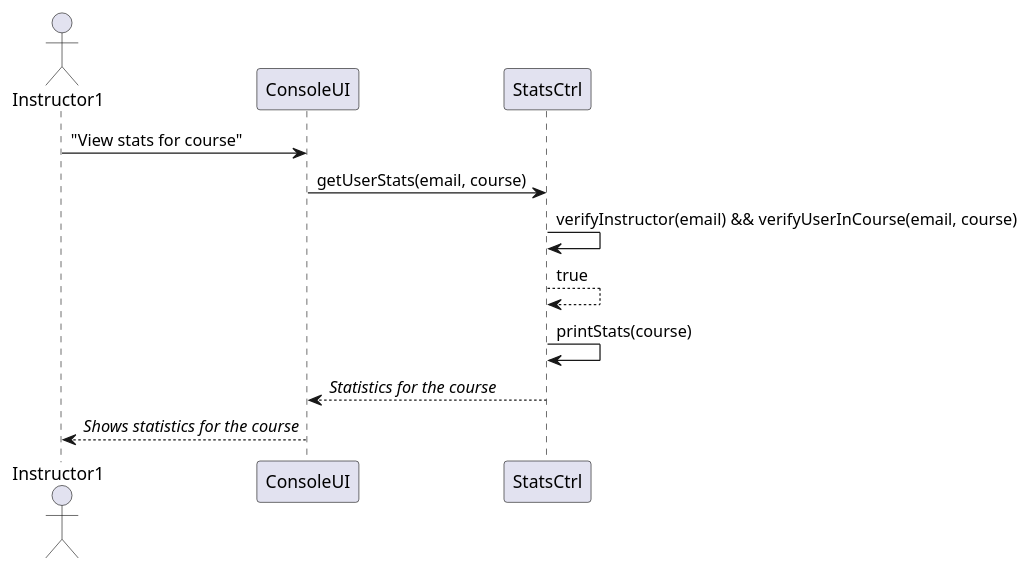
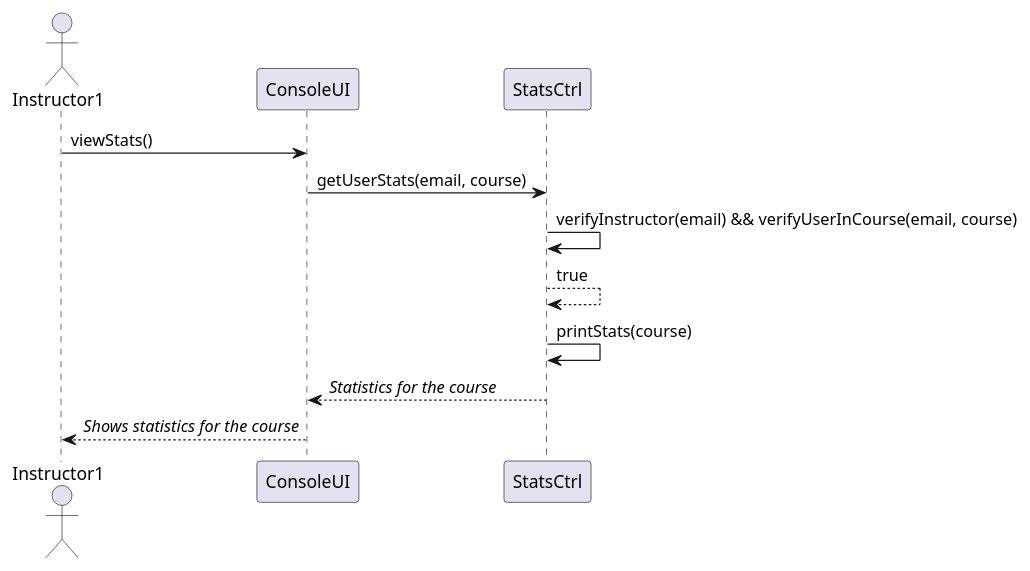
Before and after one commit to kavusiks/ForumDatabase: the diagram in Piazza/src/Documentations/UC5ViewStats_SequencelDiagram.puml, drawn with PlantUML. The commit also changed 5 other files, not shown here.

Commit message:
Updated sequenceDiagram for uc3

```diff
--- a/Piazza/src/Documentations/UC5ViewStats_SequencelDiagram.puml
+++ b/Piazza/src/Documentations/UC5ViewStats_SequencelDiagram.puml
@@ -1,10 +1,10 @@
 @startuml
 Actor Instructor1
-Instructor1 -> ConsoleUI: "View stats for course"
+Instructor1 -> ConsoleUI: viewStats()
 ConsoleUI -> StatsCtrl: getUserStats(email, course)
 StatsCtrl -> StatsCtrl: verifyInstructor(email) && verifyUserInCourse(email, course)
 StatsCtrl --> StatsCtrl: true
 StatsCtrl -> StatsCtrl: printStats(course)
 StatsCtrl --> ConsoleUI: //Statistics for the course//
 ConsoleUI --> Instructor1: //Shows statistics for the course//
 @enduml
```
